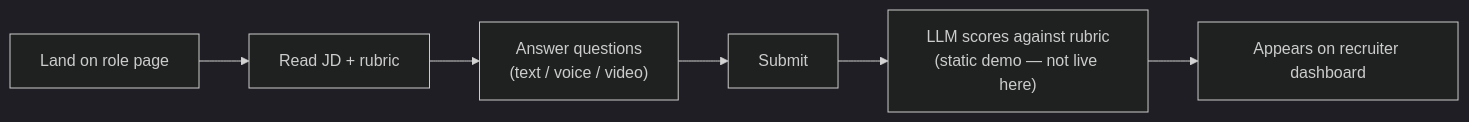
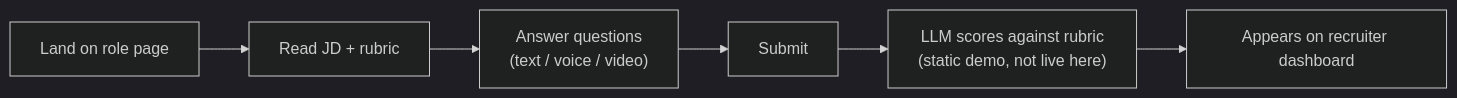
One commit to HoopieUX/calibre-ai-safety-hackathon changed the first of 2 diagrams in README.md. Above: the diagram before and after it, drawn with Mermaid (dark theme). The commit also changed other lines of this file and 1 other file, not shown here.

````diff
--- a/README.md
+++ b/README.md
@@ -62,8 +62,8 @@
 ```mermaid
 flowchart LR
     A[Land on role page] --> B["Read JD + rubric"]
     B --> C["Answer questions<br/>(text / voice / video)"]
     C --> D[Submit]
-    D --> E["LLM scores against rubric<br/>(static demo — not live here)"]
+    D --> E["LLM scores against rubric<br/>(static demo, not live here)"]
     E --> F["Appears on recruiter dashboard"]
 ```
````
